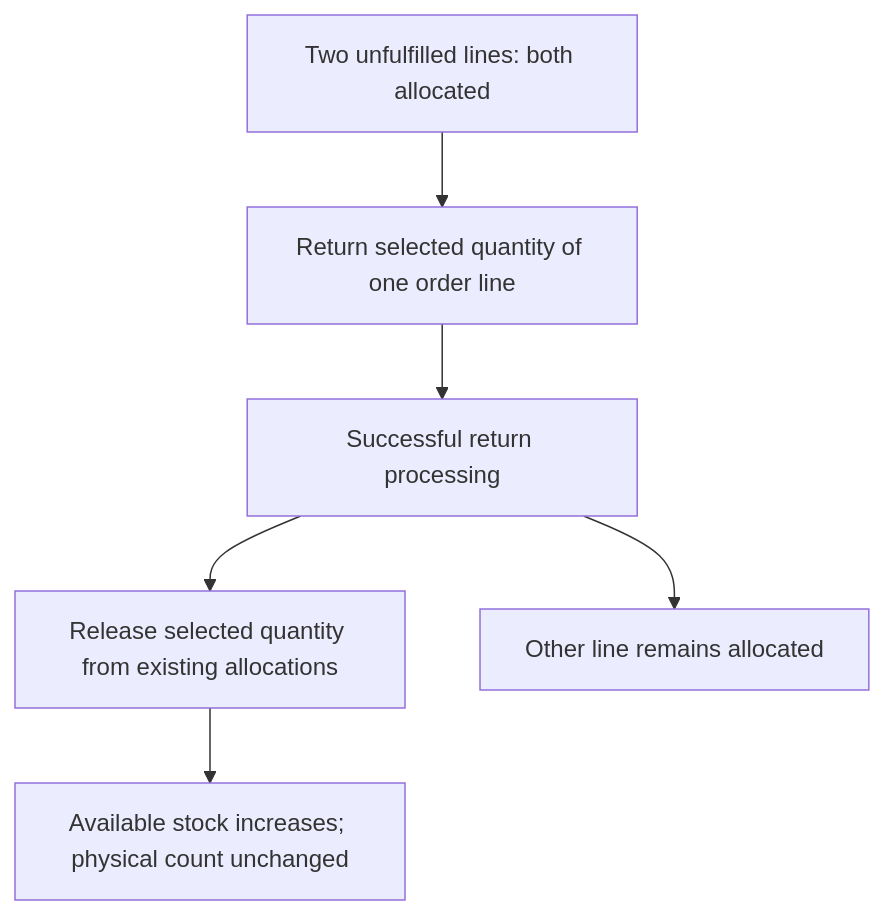
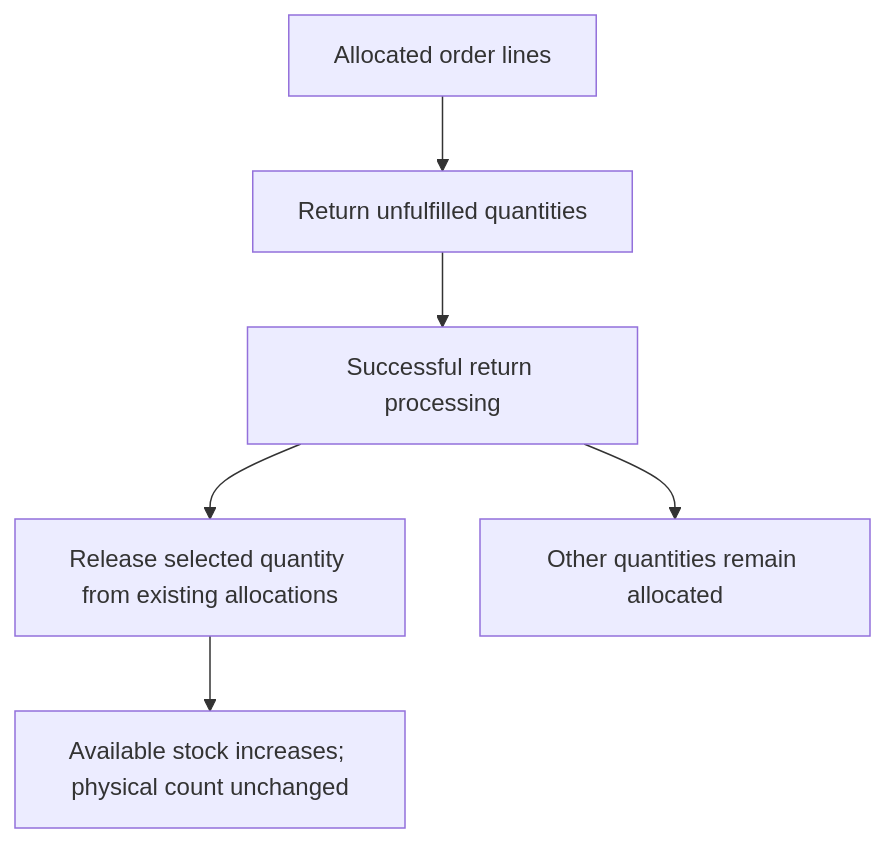
One commit to saleor/saleor-docs changed the second of 2 diagrams in docs/developer/order/order-fulfillment.mdx. Above: the diagram before and after it, drawn with Mermaid. The commit also changed other lines of this file and 1 other file, not shown here.

````diff
--- a/docs/developer/order/order-fulfillment.mdx
+++ b/docs/developer/order/order-fulfillment.mdx
@@ -158,8 +158,8 @@
 ```mermaid
 flowchart TD
-    A[Two unfulfilled lines: both allocated] --> R[Return selected quantity of one order line]
+    A[Allocated order lines] --> R[Return unfulfilled quantities]
     R --> S[Successful return processing]
     S --> D[Release selected quantity from existing allocations]
     D --> V[Available stock increases; physical count unchanged]
-    S --> U[Other line remains allocated]
+    S --> U[Other quantities remain allocated]
 ```
````
